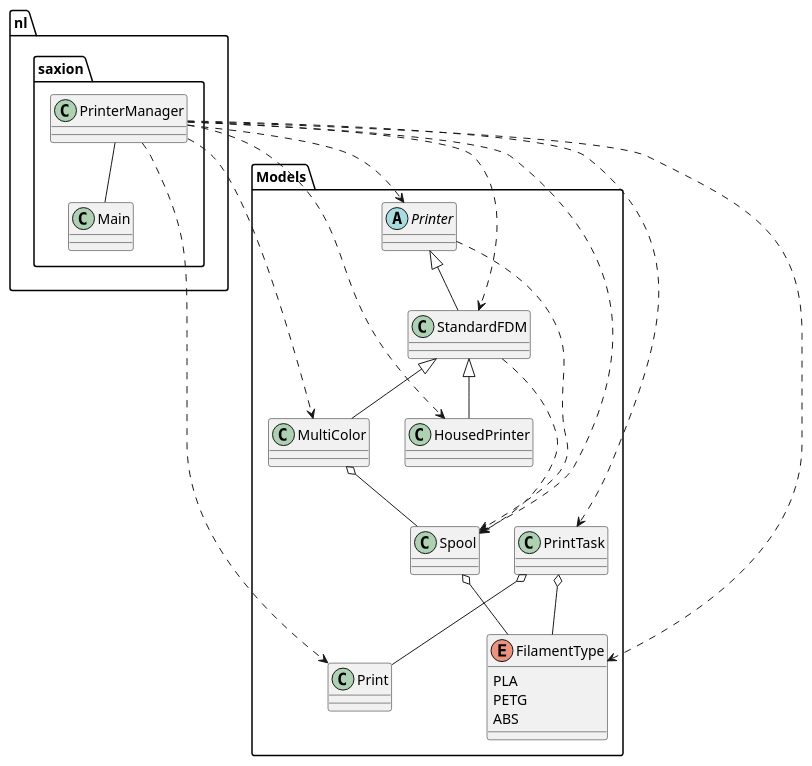
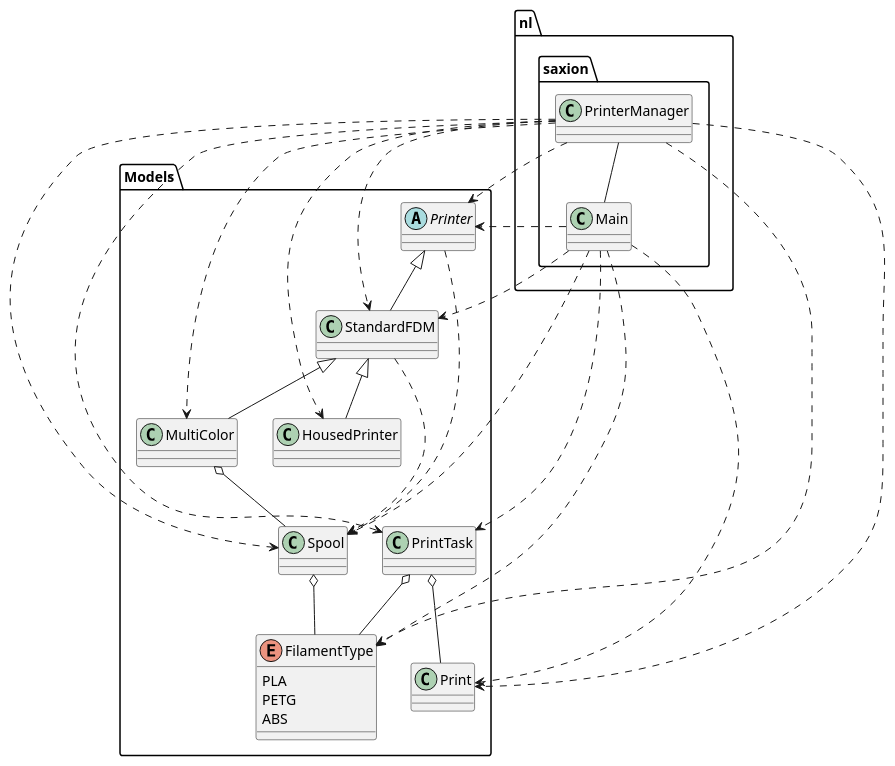
The diagram in src/main/initialClassDiagram.puml (hann-xq/system-design), drawn with PlantUML before and after one commit.

Commit message:
changes in the initialClassDiagram.puml

```diff
--- a/src/main/initialClassDiagram.puml
+++ b/src/main/initialClassDiagram.puml
@@ -1,47 +1,55 @@
 @startuml
 'https://plantuml.com/class-diagram
 skinparam classAttributeIconSize 0
 
 package Models {
     StandardFDM ..> Spool
     Printer ..> Spool
     PrintTask o-- Print
     PrintTask o-- FilamentType
     Spool o-- FilamentType
     MultiColor o-- Spool
 
     abstract class Printer {}
 
     class StandardFDM extends Printer {}
 
     class HousedPrinter extends StandardFDM {}
 
     class MultiColor extends StandardFDM {}
 
     class Spool {}
 
     class PrintTask {}
 
     enum FilamentType {
     PLA
     PETG
     ABS
     }
 }
 
 package nl.saxion {
     PrinterManager ..> Printer
     PrinterManager ..> Print
     PrinterManager ..> PrintTask
     PrinterManager ..> Spool
     PrinterManager ..> StandardFDM
     PrinterManager ..> HousedPrinter
     PrinterManager ..> MultiColor
     PrinterManager ..> FilamentType
     PrinterManager -- Main
+    Main ..> Print
+    Main ..> FilamentType
+    Main ..> Printer
+    Main ..> PrintTask
+    Main ..> Spool
+    Main ..> StandardFDM
+
+
     class PrinterManager {}
     class Main {}
 }
 
 
 @enduml
```
